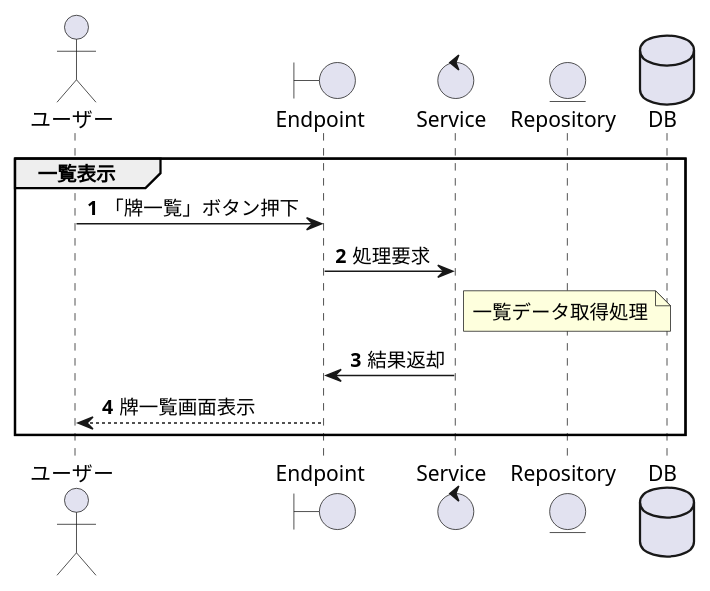
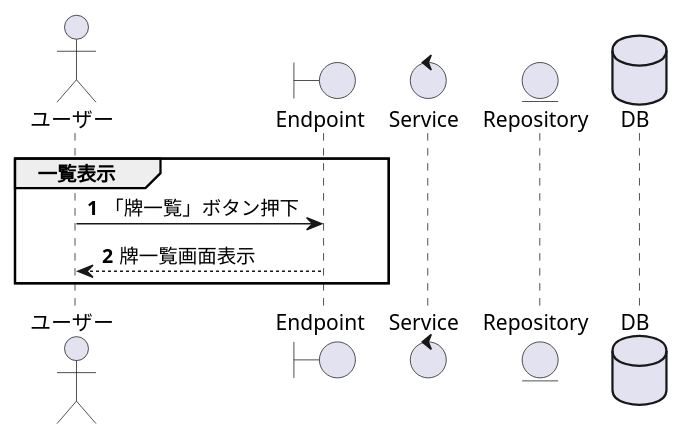
The third of 14 diagrams in document/詳細設計書/詳細設計書.md (NakataTPD/2018-k-web-training), drawn with PlantUML before and after one commit. The commit also changed other lines of this file and 1 other file, not shown here.

````diff
--- a/document/詳細設計書/詳細設計書.md
+++ b/document/詳細設計書/詳細設計書.md
@@ -174,18 +204,13 @@
 ```puml
 actor ユーザー as User
 boundary Endpoint as Con
 control Service as Ser
 entity Repository as Repo
 database DB as DB
 
 group 一覧表示
   autonumber 1
     User -> Con: 「牌一覧」ボタン押下
-    Con -> Ser: 処理要求
-    note over Repo
-    一覧データ取得処理
-    end note
-    Ser -> Con: 結果返却
     Con --> User: 牌一覧画面表示
 end
 ```
````
